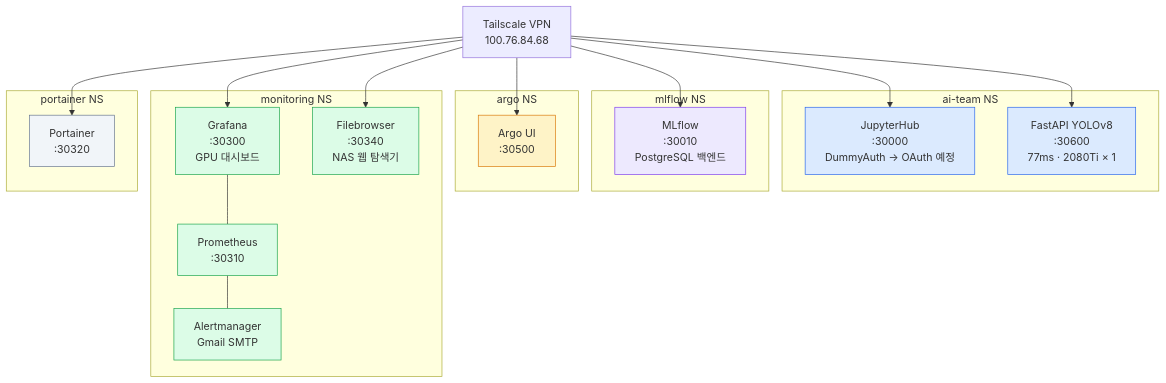
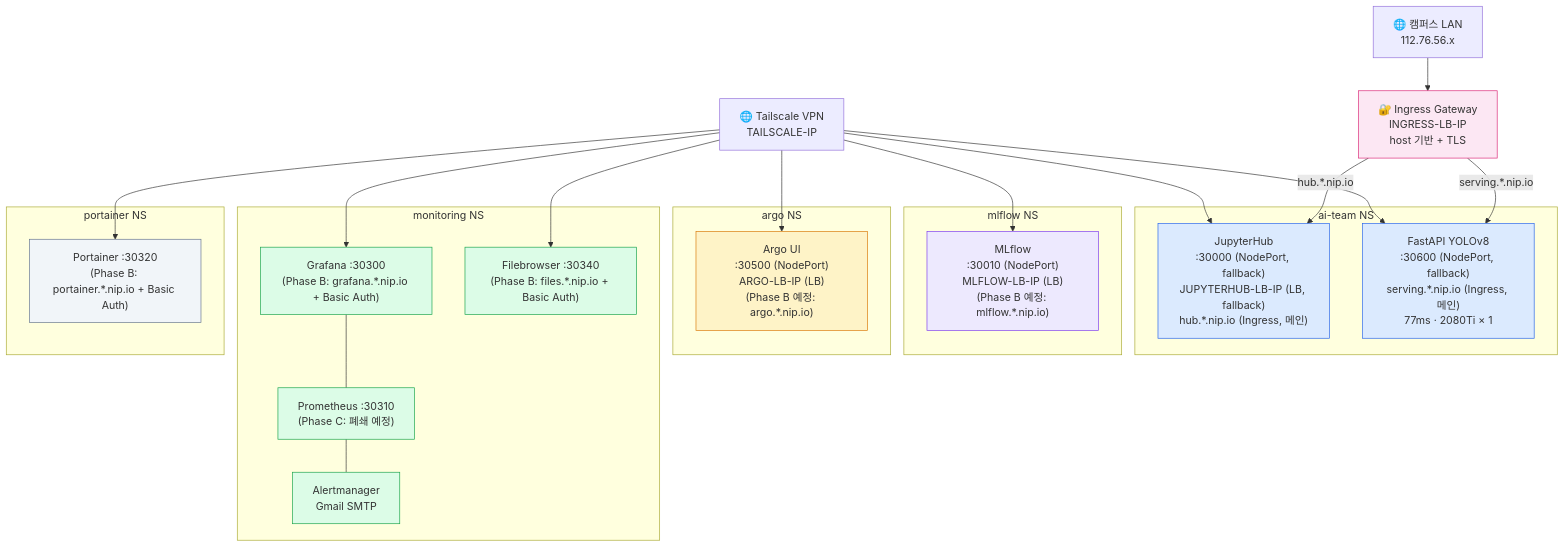
Before and after one commit to 52K-0812/28gpu-cluster-rebuild: the fourth of 5 diagrams in docs/overview/cluster-diagram.md, drawn with Mermaid. The commit also changed other lines of this file and 10 other files, not shown here.

````diff
--- a/docs/overview/cluster-diagram.md
+++ b/docs/overview/cluster-diagram.md
@@ -123,48 +173,55 @@
 ```mermaid
 graph TD
-    VPN["Tailscale VPN\n100.76.84.68"]
+    VPN["🌐 Tailscale VPN<br/>TAILSCALE-IP"]
+    LAN["🌐 캠퍼스 LAN<br/>112.76.56.x"]
+    INGRESS["🔐 Ingress Gateway<br/>INGRESS-LB-IP<br/>host 기반 + TLS"]
 
     subgraph AITEAM["ai-team NS"]
-        JH["JupyterHub\n:30000\nDummyAuth → OAuth 예정"]
-        FA["FastAPI YOLOv8\n:30600\n77ms · 2080Ti × 1"]
+        JH["JupyterHub<br/>:30000 (NodePort, fallback)<br/>JUPYTERHUB-LB-IP (LB, fallback)<br/>hub.*.nip.io (Ingress, 메인)"]
+        FA["FastAPI YOLOv8<br/>:30600 (NodePort, fallback)<br/>serving.*.nip.io (Ingress, 메인)<br/>77ms · 2080Ti × 1"]
     end
 
     subgraph MLFLOWNS["mlflow NS"]
-        MLF["MLflow\n:30010\nPostgreSQL 백엔드"]
+        MLF["MLflow<br/>:30010 (NodePort)<br/>MLFLOW-LB-IP (LB)<br/>(Phase B 예정: mlflow.*.nip.io)"]
     end
 
     subgraph ARGONS["argo NS"]
-        ARGOUI["Argo UI\n:30500"]
+        ARGOUI["Argo UI<br/>:30500 (NodePort)<br/>ARGO-LB-IP (LB)<br/>(Phase B 예정: argo.*.nip.io)"]
     end
 
     subgraph MONITORING["monitoring NS"]
-        GF["Grafana\n:30300\nGPU 대시보드"]
-        PROM["Prometheus\n:30310"]
-        FB["Filebrowser\n:30340\nNAS 웹 탐색기"]
-        AM["Alertmanager\nGmail SMTP"]
+        GF["Grafana :30300<br/>(Phase B: grafana.*.nip.io + Basic Auth)"]
+        PROM["Prometheus :30310<br/>(Phase C: 폐쇄 예정)"]
+        FB["Filebrowser :30340<br/>(Phase B: files.*.nip.io + Basic Auth)"]
+        AM["Alertmanager<br/>Gmail SMTP"]
         GF --- PROM
         PROM --- AM
     end
 
     subgraph PORTAINER["portainer NS"]
-        PORT["Portainer\n:30320"]
+        PORT["Portainer :30320<br/>(Phase B: portainer.*.nip.io + Basic Auth)"]
     end
+
+    LAN --> INGRESS
+    INGRESS -->|"hub.*.nip.io"| JH
+    INGRESS -->|"serving.*.nip.io"| FA
 
     VPN --> JH
     VPN --> FA
     VPN --> MLF
     VPN --> ARGOUI
     VPN --> GF
     VPN --> FB
     VPN --> PORT
 
+    style INGRESS fill:#fce7f3,stroke:#db2777
     style JH fill:#dbeafe,stroke:#2563eb
     style FA fill:#dbeafe,stroke:#2563eb
     style MLF fill:#ede9fe,stroke:#7c3aed
     style ARGOUI fill:#fef3c7,stroke:#d97706
     style GF fill:#dcfce7,stroke:#16a34a
     style PROM fill:#dcfce7,stroke:#16a34a
     style FB fill:#dcfce7,stroke:#16a34a
     style AM fill:#dcfce7,stroke:#16a34a
     style PORT fill:#f1f5f9,stroke:#64748b
 ```
````
